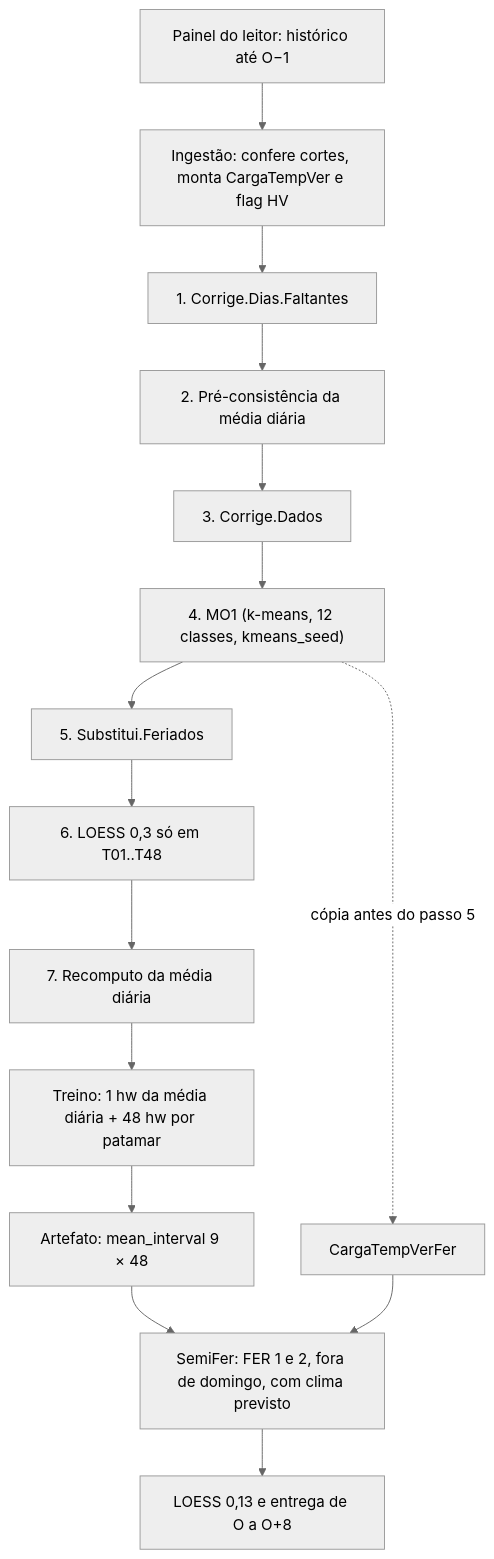
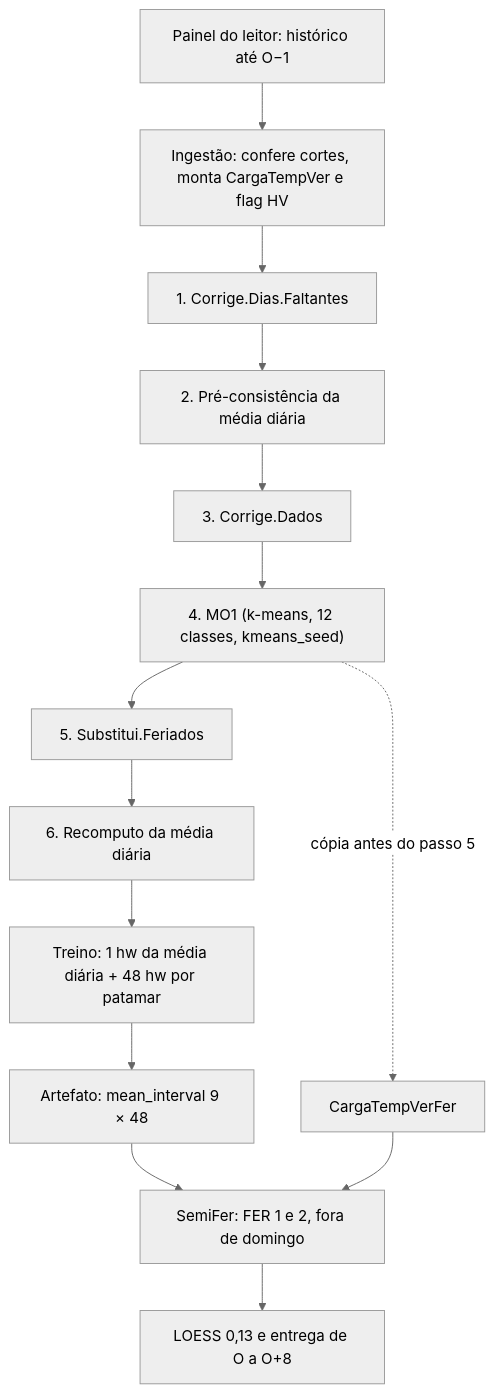
The diagram in website/docs/metodologia/08-holt-winters.mdx (ONSBR/prevcarga), drawn with Mermaid (neutral theme) before and after one commit. The commit also changed other lines of this file and 28 other files, not shown here.

````diff
--- a/website/docs/metodologia/08-holt-winters.mdx
+++ b/website/docs/metodologia/08-holt-winters.mdx
@@ -93,17 +92,16 @@
 ```mermaid
 flowchart TB
   A["Painel do leitor: histórico até O−1"]:::fundacao --> B["Ingestão: confere cortes, monta CargaTempVer e flag HV"]:::corte
   B --> C["1. Corrige.Dias.Faltantes"]:::plugin
   C --> D["2. Pré-consistência da média diária"]:::plugin
   D --> E["3. Corrige.Dados"]:::plugin
   E --> F["4. MO1 (k-means, 12 classes, kmeans_seed)"]:::plugin
   F --> G["5. Substitui.Feriados"]:::plugin
   F -.->|"cópia antes do passo 5"| S["CargaTempVerFer"]:::plugin
-  G --> H["6. LOESS 0,3 só em T01..T48"]:::plugin
-  H --> I["7. Recomputo da média diária"]:::plugin
+  G --> I["6. Recomputo da média diária"]:::plugin
   I --> J["Treino: 1 hw da média diária + 48 hw por patamar"]:::plugin
   J --> K["Artefato: mean_interval 9 × 48"]:::fundacao
-  K --> L["SemiFer: FER 1 e 2, fora de domingo, com clima previsto"]:::plugin
+  K --> L["SemiFer: FER 1 e 2, fora de domingo"]:::plugin
   S --> L
   L --> M["LOESS 0,13 e entrega de O a O+8"]:::plugin
 ```
````
